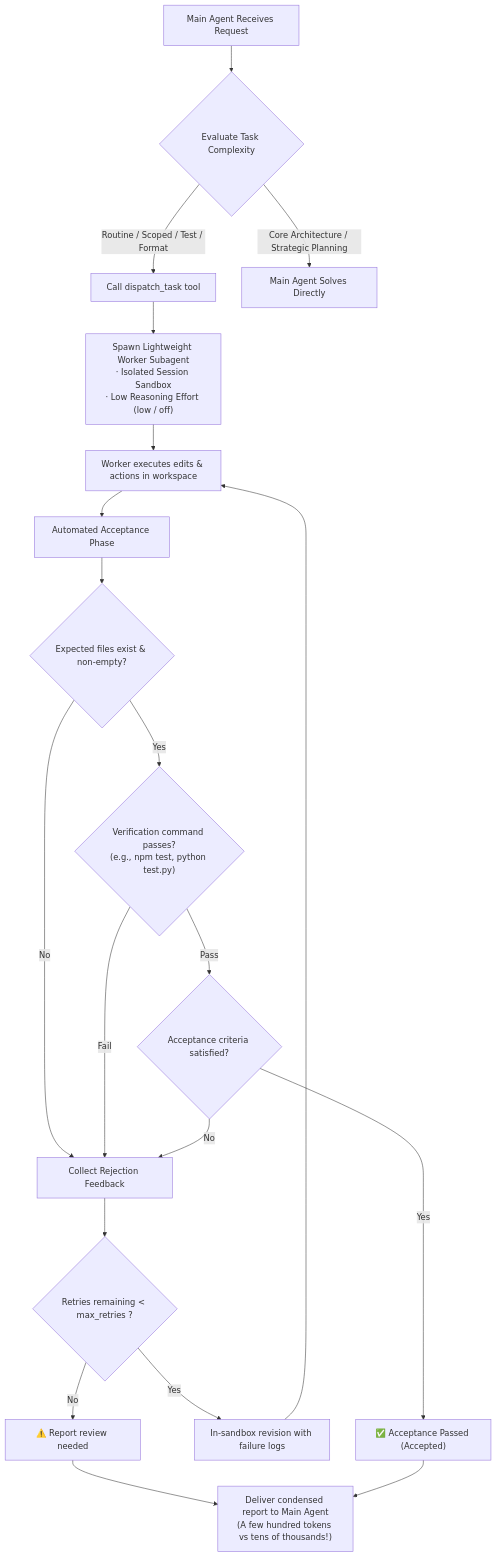
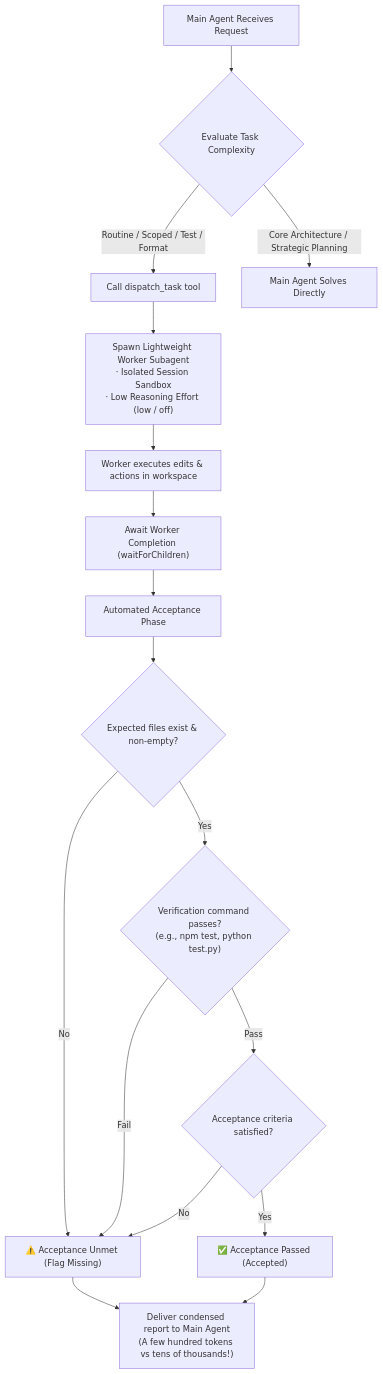
The diagram in README.md (Ayowait/dsh-subagent-dispatcher), drawn with Mermaid before and after one commit. The commit also changed other lines of this file, not shown here.

Commit message:
docs: English readme

````diff
--- a/README.md
+++ b/README.md
@@ -47,24 +47,22 @@
 ```mermaid
 flowchart TD
     A[Main Agent Receives Request] --> B{Evaluate Task Complexity}
     B -- Routine / Scoped / Test / Format --> C["Call dispatch_task tool"]
     B -- Core Architecture / Strategic Planning --> D[Main Agent Solves Directly]
 
     C --> E["Spawn Lightweight Worker Subagent<br/>· Isolated Session Sandbox<br/>· Low Reasoning Effort (low / off)"]
     E --> F[Worker executes edits & actions in workspace]
-    F --> G["Automated Acceptance Phase"]
+    F --> W["Await Worker Completion (waitForChildren)"]
+    W --> G["Automated Acceptance Phase"]
 
     G --> H1{"Expected files exist & non-empty?"}
-    H1 -- No --> K[Collect Rejection Feedback]
+    H1 -- No --> O["⚠️ Acceptance Unmet (Flag Missing)"]
     H1 -- Yes --> H2{"Verification command passes?<br/>(e.g., npm test, python test.py)"}
-    H2 -- Fail --> K
+    H2 -- Fail --> O
     H2 -- Pass --> H3{"Acceptance criteria satisfied?"}
-    H3 -- No --> K
+    H3 -- No --> O
     H3 -- Yes --> L["✅ Acceptance Passed (Accepted)"]
 
-    K --> M{Retries remaining < max_retries ?}
-    M -- Yes --> N["In-sandbox revision with failure logs"] --> F
-    M -- No --> O["⚠️ Report review needed"] --> P[Notify Main Agent]
-
+    O --> P[Report to Main Agent for Review]
     L --> P["Deliver condensed report to Main Agent<br/>(A few hundred tokens vs tens of thousands!)"]
 ```
````
